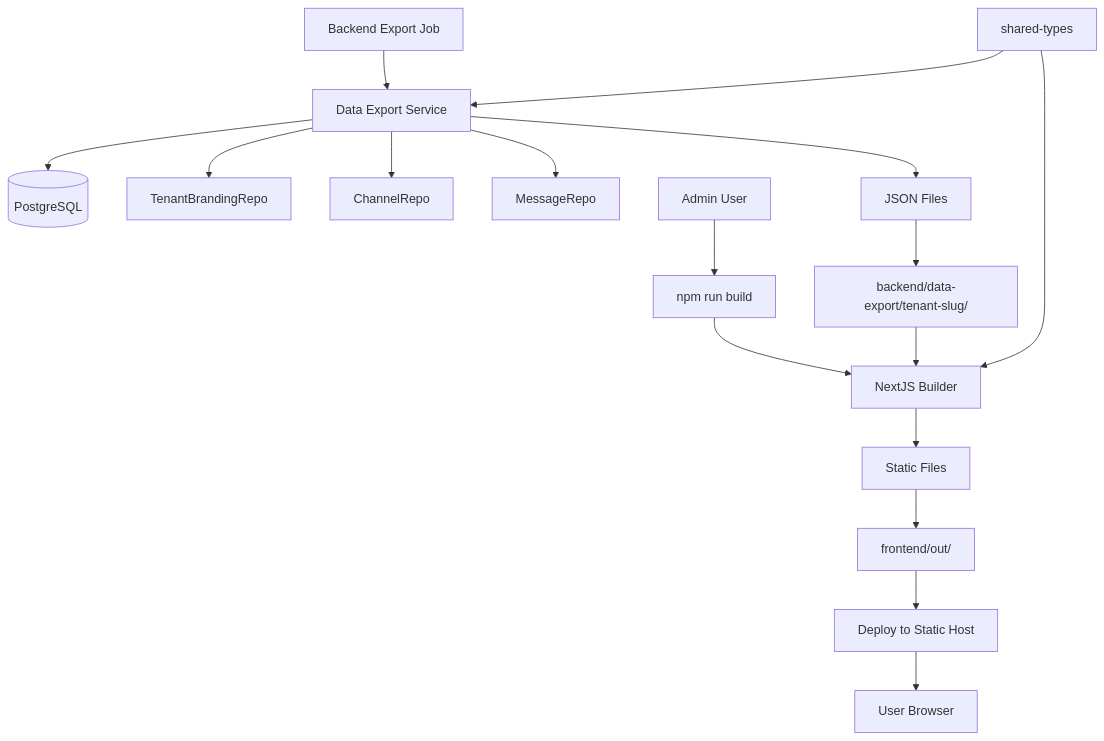
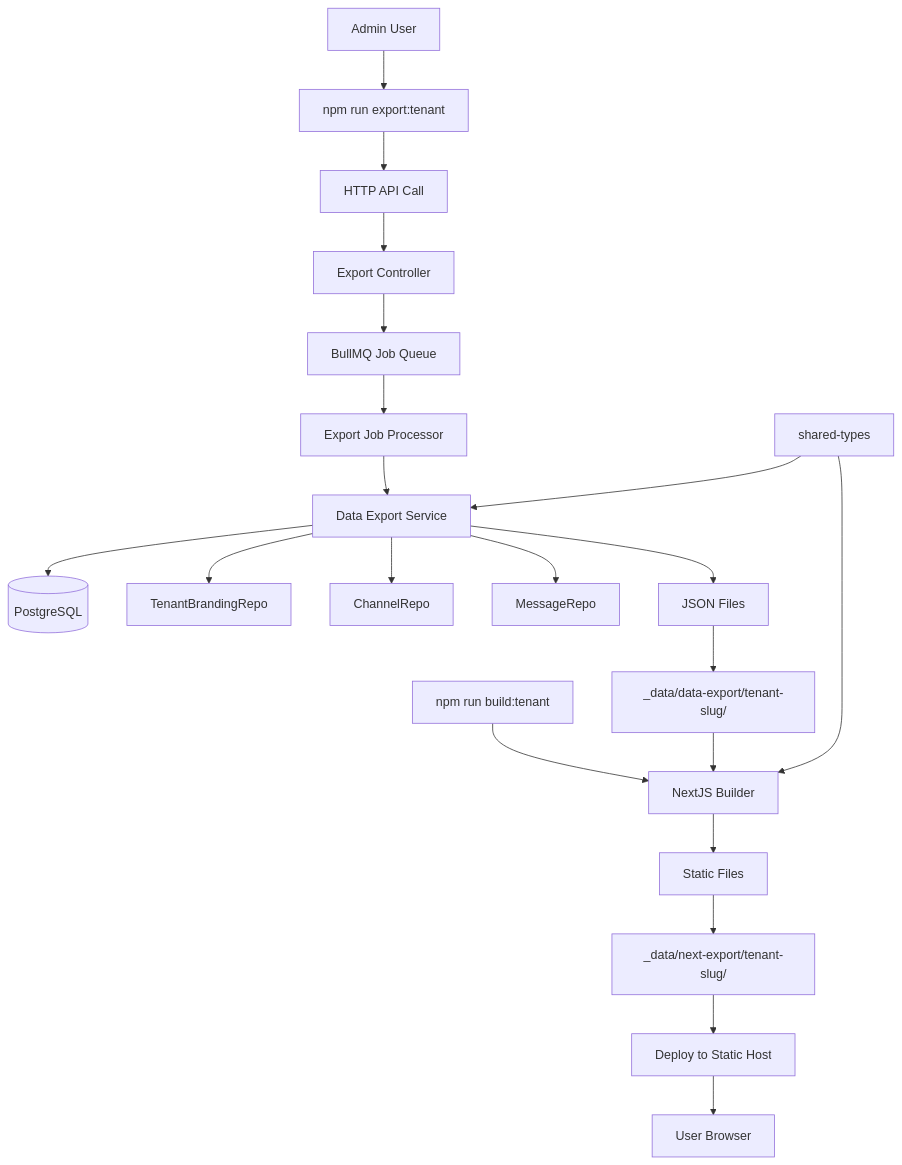
Before and after one commit to niekcandaele/Verta: the diagram in .kiro/specs/tenant-static-archive/design.md, drawn with Mermaid. The commit also changed other lines of this file and 5 other files, not shown here.

First line of the commit message:
refactor: update tenant static archive specs based on review feedback

````diff
--- a/.kiro/specs/tenant-static-archive/design.md
+++ b/.kiro/specs/tenant-static-archive/design.md
@@ -11,21 +11,26 @@
 ```mermaid
 graph TB
-    A[Backend Export Job] --> B[Data Export Service]
-    B --> C[(PostgreSQL)]
-    B --> D[TenantBrandingRepo]
-    B --> E[ChannelRepo]
-    B --> F[MessageRepo]
-    B --> G[JSON Files]
-    G --> H[backend/data-export/tenant-slug/]
+    A[HTTP API Call] --> B[Export Controller]
+    B --> C[BullMQ Job Queue]
+    C --> D[Export Job Processor]
+    D --> E[Data Export Service]
+    E --> F[(PostgreSQL)]
+    E --> G[TenantBrandingRepo]
+    E --> H[ChannelRepo]
+    E --> I[MessageRepo]
+    E --> J[JSON Files]
+    J --> K[_data/data-export/tenant-slug/]
     
-    I[Admin User] --> J[npm run build]
-    J --> K[NextJS Builder]
-    H --> K
-    K --> L[Static Files]
-    L --> M[frontend/out/]
-    M --> N[Deploy to Static Host]
-    N --> O[User Browser]
+    L[Admin User] --> M[npm run export:tenant]
+    M --> A
     
-    P[shared-types] --> B
-    P --> K
+    N[npm run build:tenant] --> O[NextJS Builder]
+    K --> O
+    O --> P[Static Files]
+    P --> Q[_data/next-export/tenant-slug/]
+    Q --> R[Deploy to Static Host]
+    R --> S[User Browser]
+    
+    T[shared-types] --> E
+    T --> O
 ```
````
